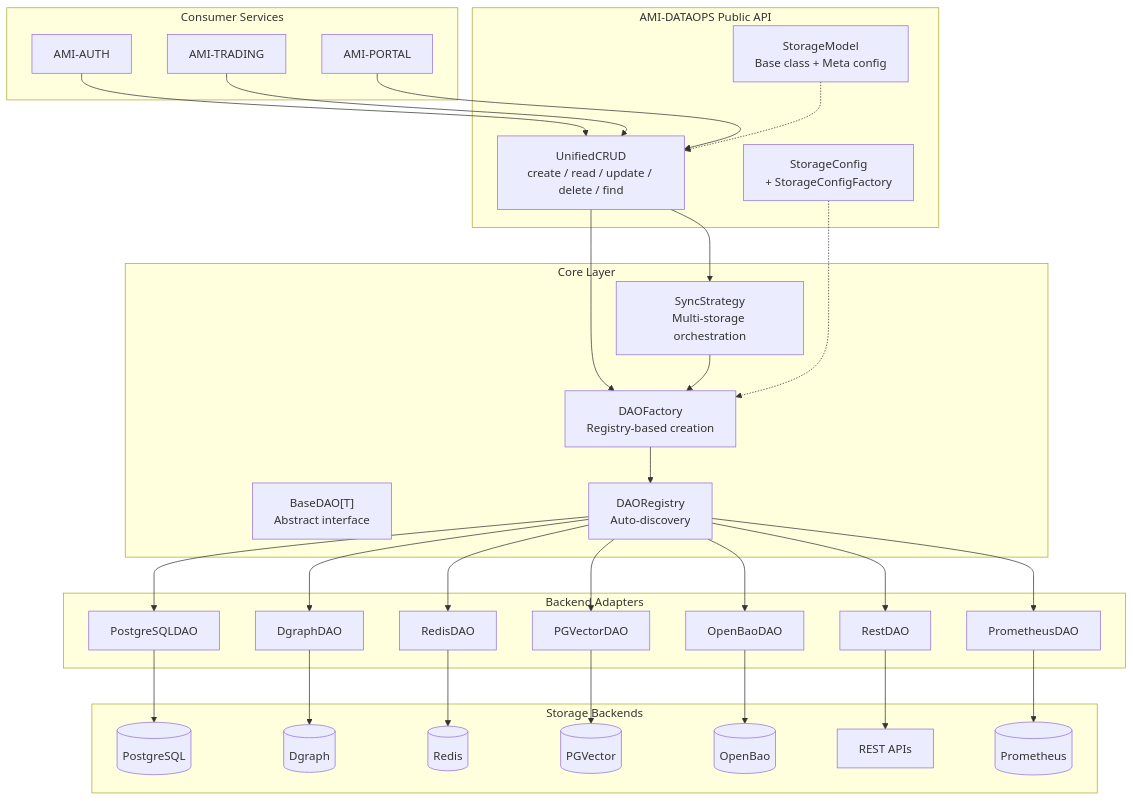
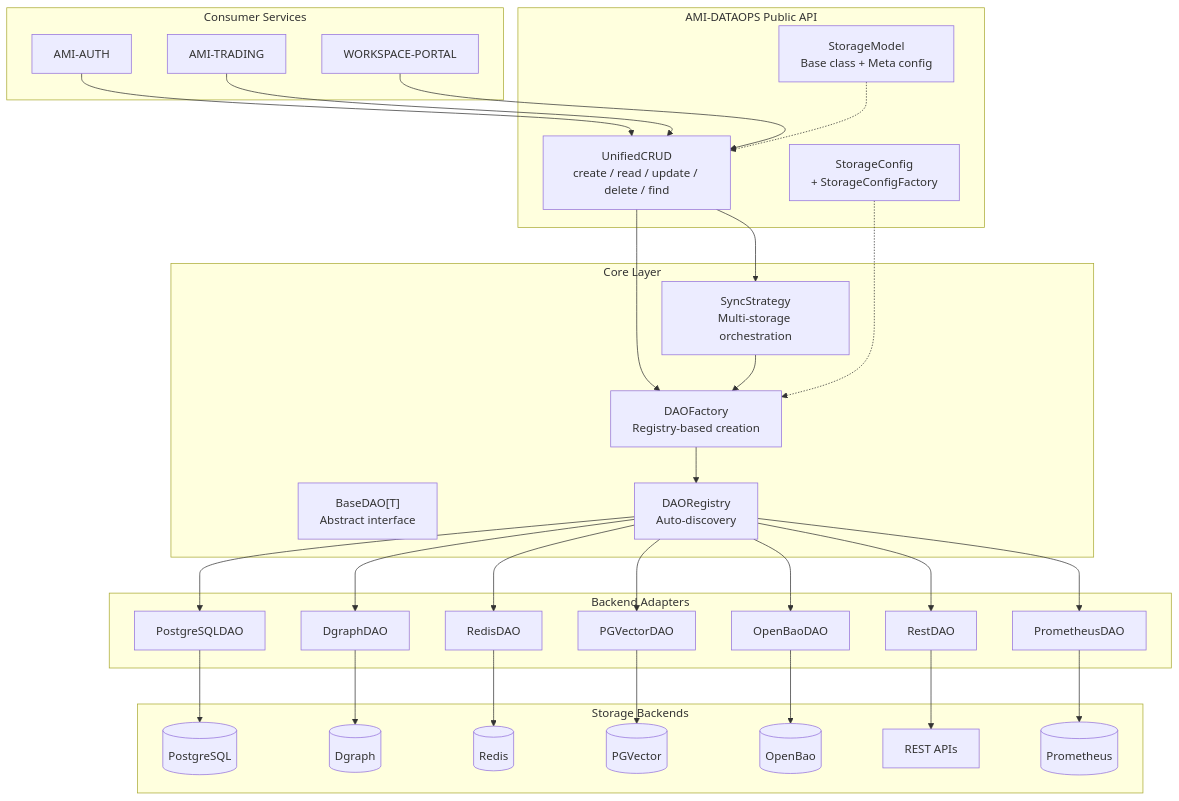
One commit to Independent-AI-Labs/WORKSPACE-VM changed the first of 2 diagrams in docs/archive/v2/archive/SPEC-DATAOPS-FOUNDATION.md. Above: the diagram before and after it, drawn with Mermaid. The commit also changed 27 other files, not shown here.

First line of the commit message:
refactor: rename AMI-PORTAL/AMI-STREAMS to WORKSPACE-PORTAL/WORKSPACE-STREAMS

````diff
--- a/docs/archive/v2/archive/SPEC-DATAOPS-FOUNDATION.md
+++ b/docs/archive/v2/archive/SPEC-DATAOPS-FOUNDATION.md
@@ -81,59 +81,59 @@
 ```mermaid
 flowchart TD
     subgraph "Consumer Services"
         Auth["AMI-AUTH"]
         Trading["AMI-TRADING"]
-        Portal["AMI-PORTAL"]
+        Portal["WORKSPACE-PORTAL"]
     end
 
     subgraph "AMI-DATAOPS Public API"
         CRUD["UnifiedCRUD<br/>create / read / update / delete / find"]
         Models["StorageModel<br/>Base class + Meta config"]
         Config["StorageConfig<br/>+ StorageConfigFactory"]
     end
 
     subgraph "Core Layer"
         DAO["BaseDAO[T]<br/>Abstract interface"]
         Factory["DAOFactory<br/>Registry-based creation"]
         Registry["DAORegistry<br/>Auto-discovery"]
         Sync["SyncStrategy<br/>Multi-storage orchestration"]
     end
 
     subgraph "Backend Adapters"
         PG["PostgreSQLDAO"]
         DG["DgraphDAO"]
         RD["RedisDAO"]
         PGV["PGVectorDAO"]
         OB["OpenBaoDAO"]
         REST["RestDAO"]
         PROM["PrometheusDAO"]
     end
 
     subgraph "Storage Backends"
         PGS[(PostgreSQL)]
         DGS[(Dgraph)]
         RDS[(Redis)]
         PGVS[(PGVector)]
         OBS[(OpenBao)]
         RESTS[REST APIs]
         PROMS[(Prometheus)]
     end
 
     Auth --> CRUD
     Trading --> CRUD
     Portal --> CRUD
     CRUD --> Sync
     CRUD --> Factory
     Sync --> Factory
     Factory --> Registry
     Registry --> PG & DG & RD & PGV & OB & REST & PROM
     PG --> PGS
     DG --> DGS
     RD --> RDS
     PGV --> PGVS
     OB --> OBS
     REST --> RESTS
     PROM --> PROMS
     Models -.-> CRUD
     Config -.-> Factory
 ```
````
